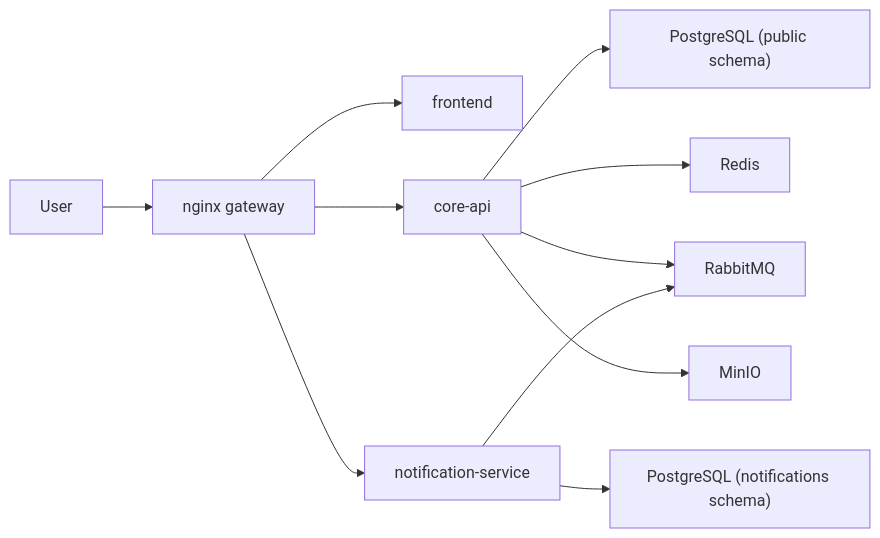
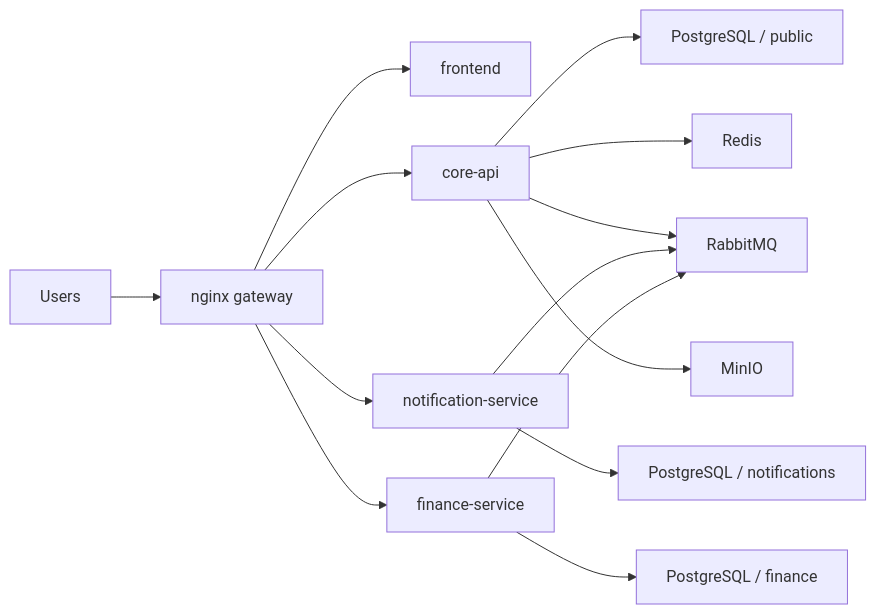
The diagram in README.en.md (JasonTM17/CampusCore_FullStack_Individual), drawn with Mermaid before and after one commit. The commit also changed other lines of this file and 7 other files, not shown here.

Commit message:
docs(architecture): align readmes and operations guides for microservices v2

````diff
--- a/README.en.md
+++ b/README.en.md
@@ -25,13 +35,16 @@
 ```mermaid
 flowchart LR
-  U["User"] --> N["nginx gateway"]
+  U["Users"] --> N["nginx gateway"]
   N --> F["frontend"]
   N --> C["core-api"]
-  N --> S["notification-service"]
-  C --> P["PostgreSQL (public schema)"]
-  S --> PN["PostgreSQL (notifications schema)"]
+  N --> NS["notification-service"]
+  N --> FS["finance-service"]
+  C --> P1["PostgreSQL / public"]
+  NS --> P2["PostgreSQL / notifications"]
+  FS --> P3["PostgreSQL / finance"]
   C --> R["Redis"]
   C --> Q["RabbitMQ"]
-  S --> Q
+  NS --> Q
+  FS --> Q
   C --> M["MinIO"]
 ```
````
